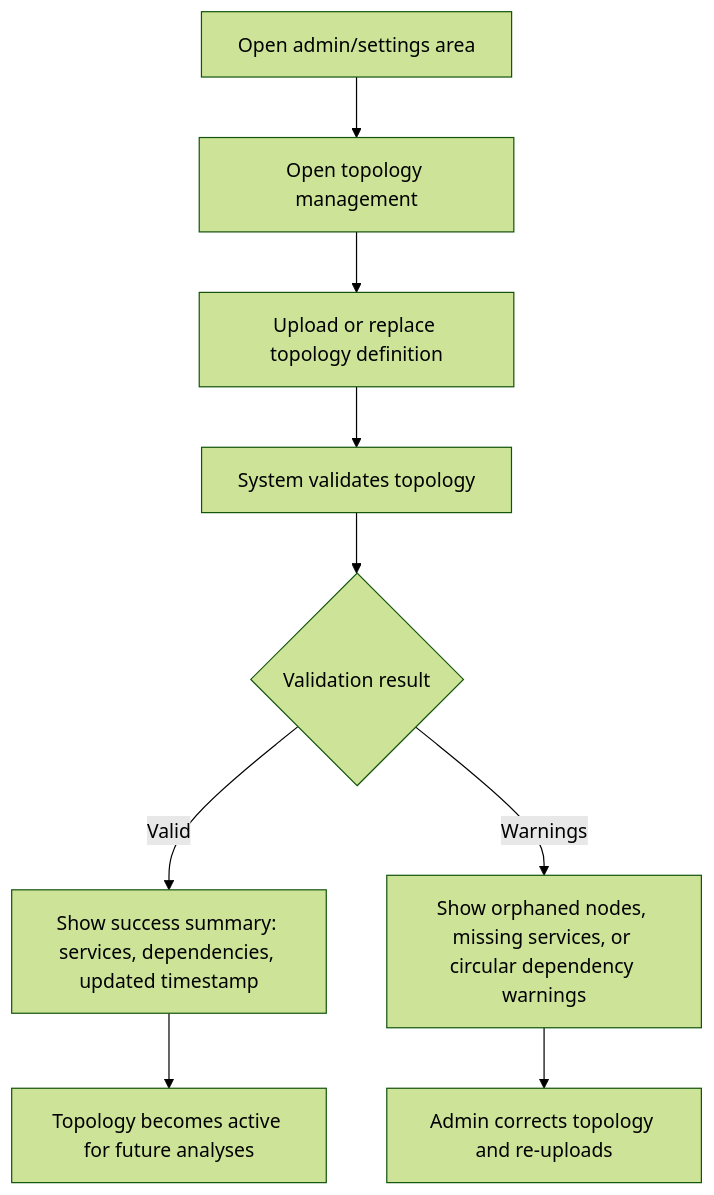
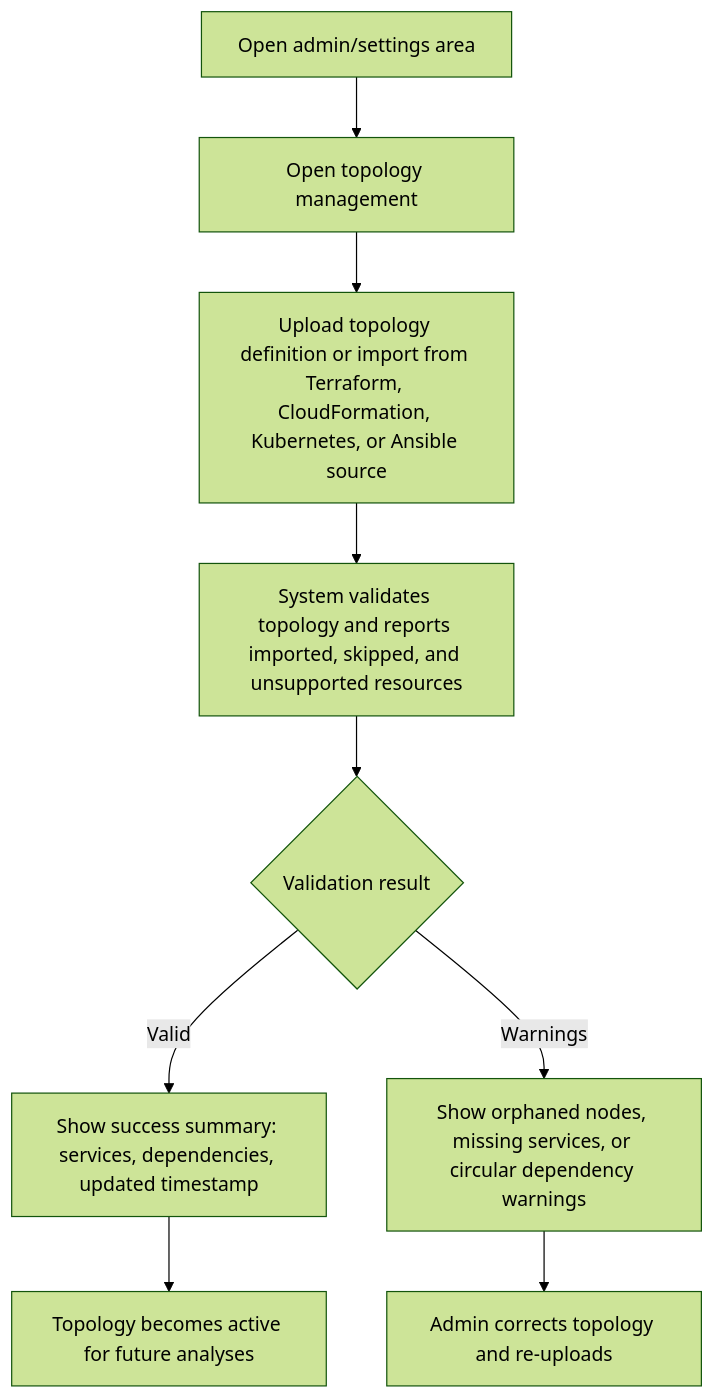
Before and after one commit to deploywhisper/deploywhisper: the fourth of 8 diagrams in _bmad-output/planning-artifacts/ux-design-specification.md, drawn with Mermaid (forest theme). The commit also changed other lines of this file and 7 other files, not shown here.

````diff
--- a/_bmad-output/planning-artifacts/ux-design-specification.md
+++ b/_bmad-output/planning-artifacts/ux-design-specification.md
@@ -746,11 +746,11 @@
 ```mermaid
 flowchart TD
     A[Open admin/settings area] --> B[Open topology management]
-    B --> C[Upload or replace topology definition]
-    C --> D[System validates topology]
+    B --> C[Upload topology definition or import from Terraform, CloudFormation, Kubernetes, or Ansible source]
+    C --> D[System validates topology and reports imported, skipped, and unsupported resources]
     D --> E{Validation result}
     E -->|Valid| F[Show success summary: services, dependencies, updated timestamp]
     E -->|Warnings| G[Show orphaned nodes, missing services, or circular dependency warnings]
     F --> H[Topology becomes active for future analyses]
     G --> I[Admin corrects topology and re-uploads]
 ```
````
